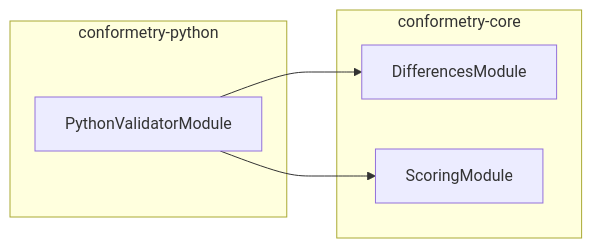
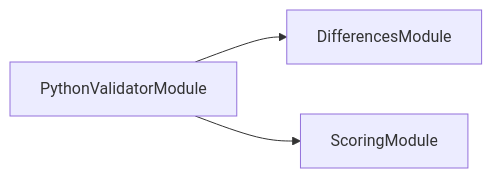
Before and after one commit to JimmyPaolini/codebase: the second of 3 diagrams in packages/conformetry-python/README.md, drawn with Mermaid. The commit also changed other lines of this file and 241 other files, not shown here.

First line of the commit message:
feat(codependix,synchronization,deployments,documentation,codebase): ✨ add the codependix dependency-graph export suite (#335)

````diff
--- a/packages/conformetry-python/README.md
+++ b/packages/conformetry-python/README.md
@@ -63,12 +137,8 @@
 ```mermaid
 flowchart LR
-  subgraph group0["conformetry-python"]
-    PythonValidatorModule
-  end
-  subgraph group1["conformetry-core"]
-    DifferencesModule
-    ScoringModule
-  end
+  DifferencesModule
+  PythonValidatorModule
+  ScoringModule
   PythonValidatorModule --> DifferencesModule
   PythonValidatorModule --> ScoringModule
 ```
````
